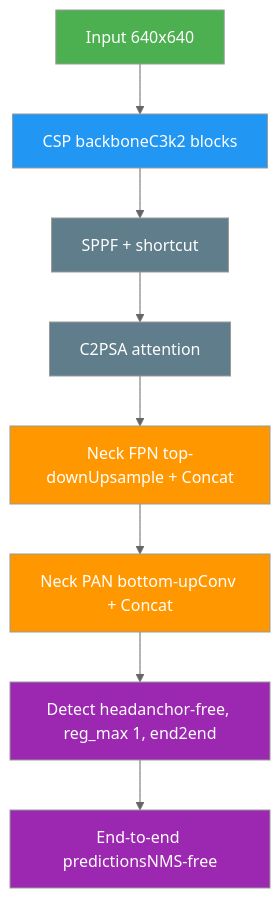
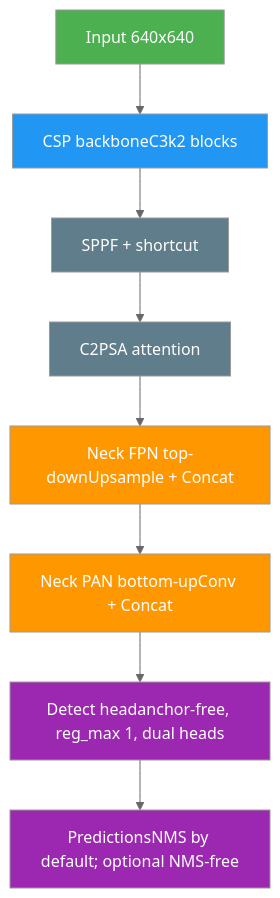
One commit to wenerme/ai changed the fifth of 5 diagrams in skills/ultralytics-docs/references/guides/yolo-architecture.md. Above: the diagram before and after it, drawn with Mermaid (neutral theme). The commit also changed other lines of this file and 244 other files, not shown here.

````diff
--- a/skills/ultralytics-docs/references/guides/yolo-architecture.md
+++ b/skills/ultralytics-docs/references/guides/yolo-architecture.md
@@ -99,15 +99,15 @@
     ```mermaid
     flowchart TD
         IN[Input 640x640]:::start --> BB[CSP backboneC3k2 blocks]:::proc
         BB --> SP[SPPF + shortcut]:::extern
         SP --> PSA[C2PSA attention]:::extern
         PSA --> FPN[Neck FPN top-downUpsample + Concat]:::decide
         FPN --> PAN[Neck PAN bottom-upConv + Concat]:::decide
-        PAN --> HD[Detect headanchor-free, reg_max 1, end2end]:::out
-        HD --> O[End-to-end predictionsNMS-free]:::out
+        PAN --> HD[Detect headanchor-free, reg_max 1, dual heads]:::out
+        HD --> O[PredictionsNMS by default; optional NMS-free]:::out
         classDef start fill:#4CAF50,color:#fff
         classDef proc fill:#2196F3,color:#fff
         classDef decide fill:#FF9800,color:#fff
         classDef out fill:#9C27B0,color:#fff
         classDef extern fill:#607D8B,color:#fff
     ```
````
